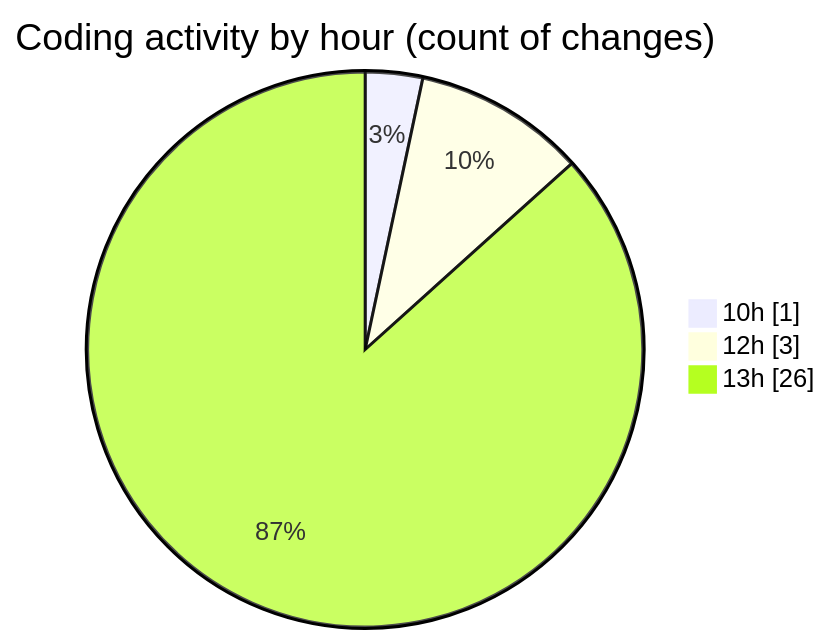
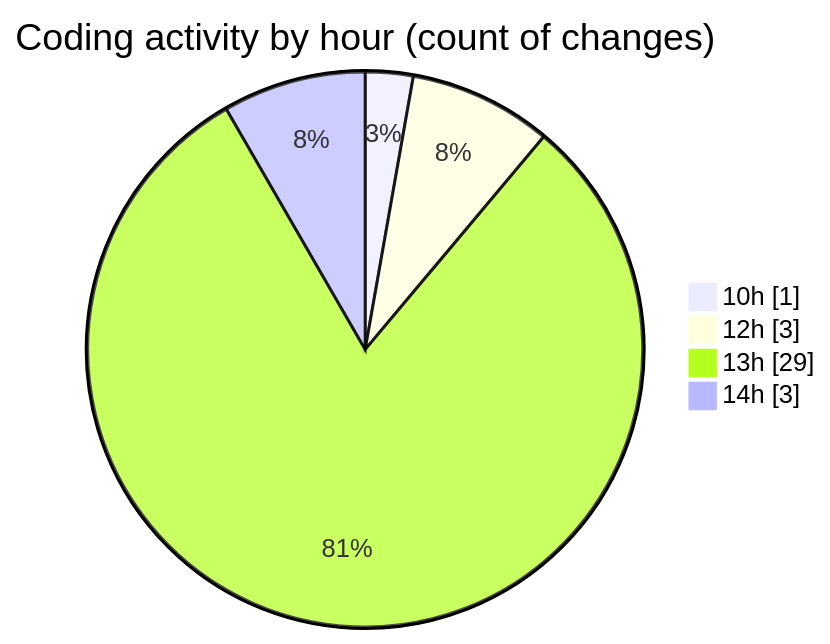
The second of 2 diagrams in 2025-08-01/cda/README.md (momahboobian/code-tracking), drawn with Mermaid before and after one commit. The commit also changed other lines of this file and 1 other file, not shown here.

````diff
--- a/2025-08-01/cda/README.md
+++ b/2025-08-01/cda/README.md
@@ -28,7 +28,8 @@
 ```mermaid
 pie showData
 title Coding activity by hour (count of changes)
 "10h" : 1
 "12h" : 3
-"13h" : 26
+"13h" : 29
+"14h" : 3
 ```
````
